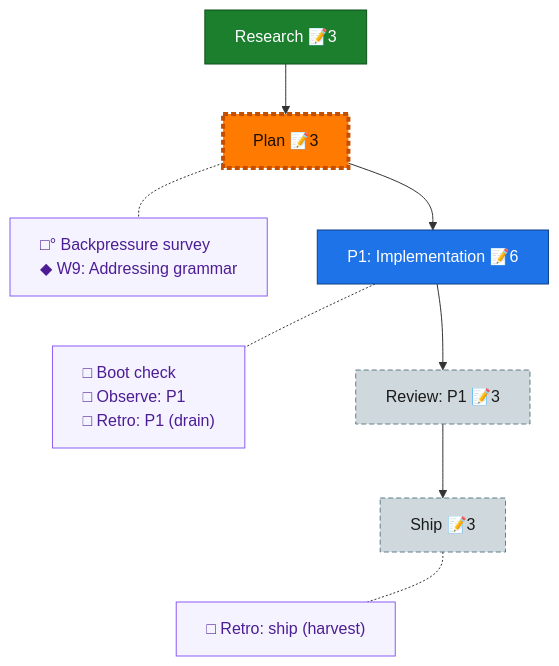
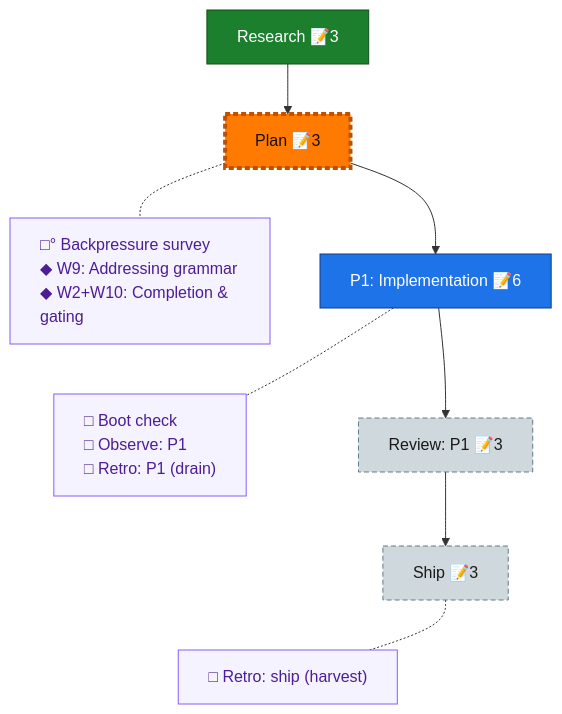
The diagram in docs/plans/065-deterministic-documents/the-flow.md (AI-Substrate/harness-engineering), drawn with Mermaid before and after one commit. The commit also changed other lines of this file and 4 other files, not shown here.

````diff
--- a/docs/plans/065-deterministic-documents/the-flow.md
+++ b/docs/plans/065-deterministic-documents/the-flow.md
@@ -8,29 +8,29 @@
 ```mermaid
 flowchart TD
     research["Research 📝3"]:::done
     plan["Plan 📝3"]:::assumed
     phase_1["P1: Implementation 📝6"]:::known
     review_1["Review: P1 📝3"]:::assumed
     ship["Ship 📝3"]:::assumed
 
     research --> plan --> phase_1 --> review_1 --> ship
 
-    planC["□° Backpressure survey<br/>◆ W9: Addressing grammar"]:::chore
+    planC["□° Backpressure survey<br/>◆ W9: Addressing grammar<br/>◆ W2+W10: Completion & gating"]:::chore
     phase_1C["□ Boot check<br/>□ Observe: P1<br/>□ Retro: P1 (drain)"]:::chore
     shipC["□ Retro: ship (harvest)"]:::chore
 
     %% invisible chain holds the gutter boxes in their own column
     planC ~~~ phase_1C ~~~ shipC
 
     %% dotted links pull each gutter box beside its node
     plan -.- planC
     phase_1 -.- phase_1C
     ship -.- shipC
 
     classDef done fill:#1B7F2E,stroke:#0F4F1B,color:#fff;
     classDef known fill:#1E73E8,stroke:#0D3F86,color:#fff;
     classDef assumed fill:#CFD8DC,stroke:#607D8B,color:#1a1a1a,stroke-dasharray:5 3;
     classDef chore fill:#f5f3ff,stroke:#8b5cf6,color:#4c1d95,text-align:left;
     classDef current fill:#FF7A00,stroke:#C24E00,color:#1a0e00,stroke-width:4px;
     class plan current;
 ```
````
